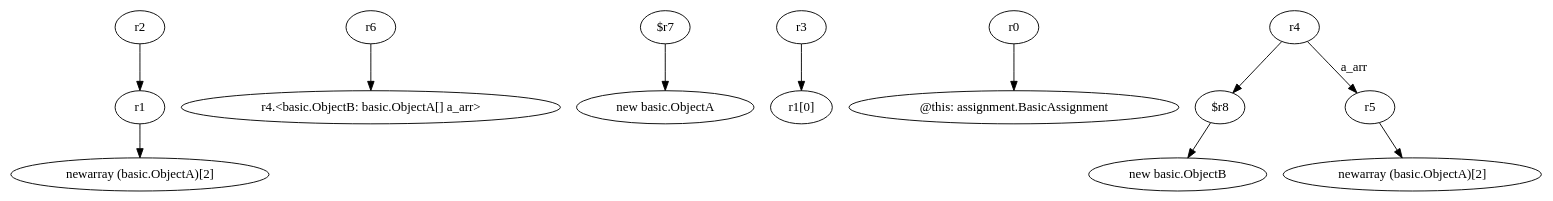
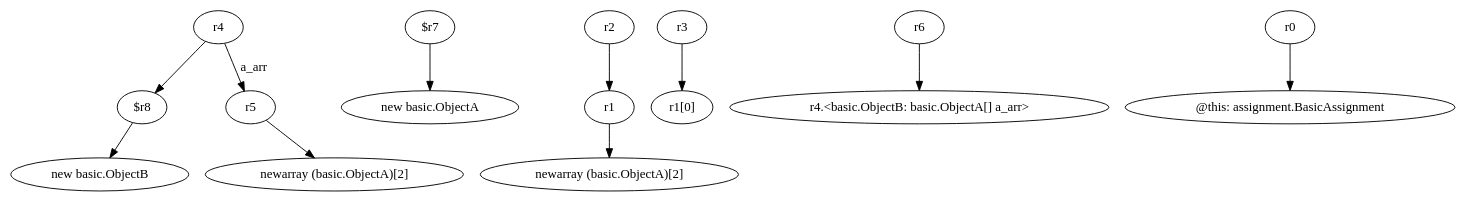
One commit to SeanCoek/zString changed the diagram in relation/<assignment.BasicAssignment: void arrayAssign()>.dot. Above: the diagram before and after it, drawn with Graphviz. The commit also changed 86 other files, not shown here.

```diff
--- a/relation/<assignment.BasicAssignment: void arrayAssign()>.dot
+++ b/relation/<assignment.BasicAssignment: void arrayAssign()>.dot
@@ -1,28 +1,28 @@
 digraph g {
-0[label="r1"]
-1[label="newarray (basic.ObjectA)[2]"]
+0[label="r4"]
+1[label="$r8"]
 0->1[label=""]
-2[label="r6"]
-3[label="r4.<basic.ObjectB: basic.ObjectA[] a_arr>"]
-2->3[label=""]
-4[label="$r7"]
-5[label="new basic.ObjectA"]
-4->5[label=""]
-6[label="r3"]
-7[label="r1[0]"]
-6->7[label=""]
-8[label="r2"]
-8->0[label=""]
-9[label="r0"]
-10[label="@this: assignment.BasicAssignment"]
+2[label="r5"]
+0->2[label="a_arr"]
+3[label="$r7"]
+4[label="new basic.ObjectA"]
+3->4[label=""]
+5[label="r1"]
+6[label="newarray (basic.ObjectA)[2]"]
+5->6[label=""]
+7[label="r3"]
+8[label="r1[0]"]
+7->8[label=""]
+9[label="r6"]
+10[label="r4.<basic.ObjectB: basic.ObjectA[] a_arr>"]
 9->10[label=""]
-11[label="$r8"]
-12[label="new basic.ObjectB"]
-11->12[label=""]
-13[label="r5"]
-14[label="newarray (basic.ObjectA)[2]"]
-13->14[label=""]
-15[label="r4"]
-15->13[label="a_arr"]
-15->11[label=""]
+11[label="new basic.ObjectB"]
+1->11[label=""]
+12[label="r0"]
+13[label="@this: assignment.BasicAssignment"]
+12->13[label=""]
+14[label="r2"]
+14->5[label=""]
+15[label="newarray (basic.ObjectA)[2]"]
+2->15[label=""]
 }
```
